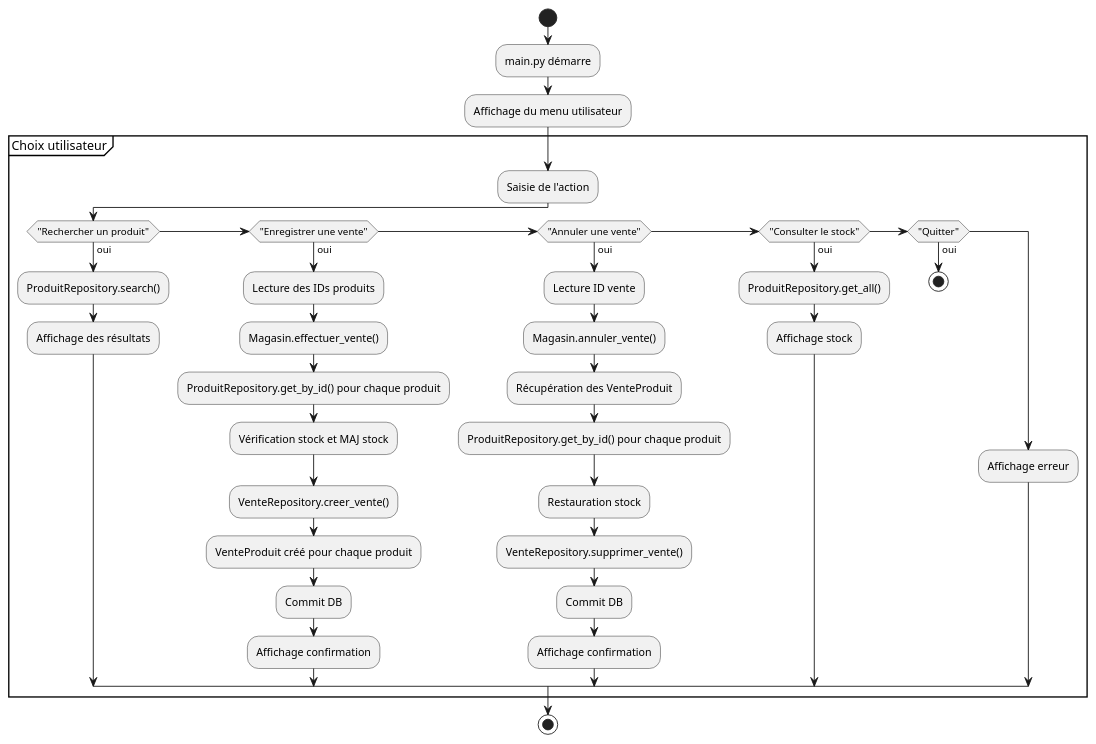
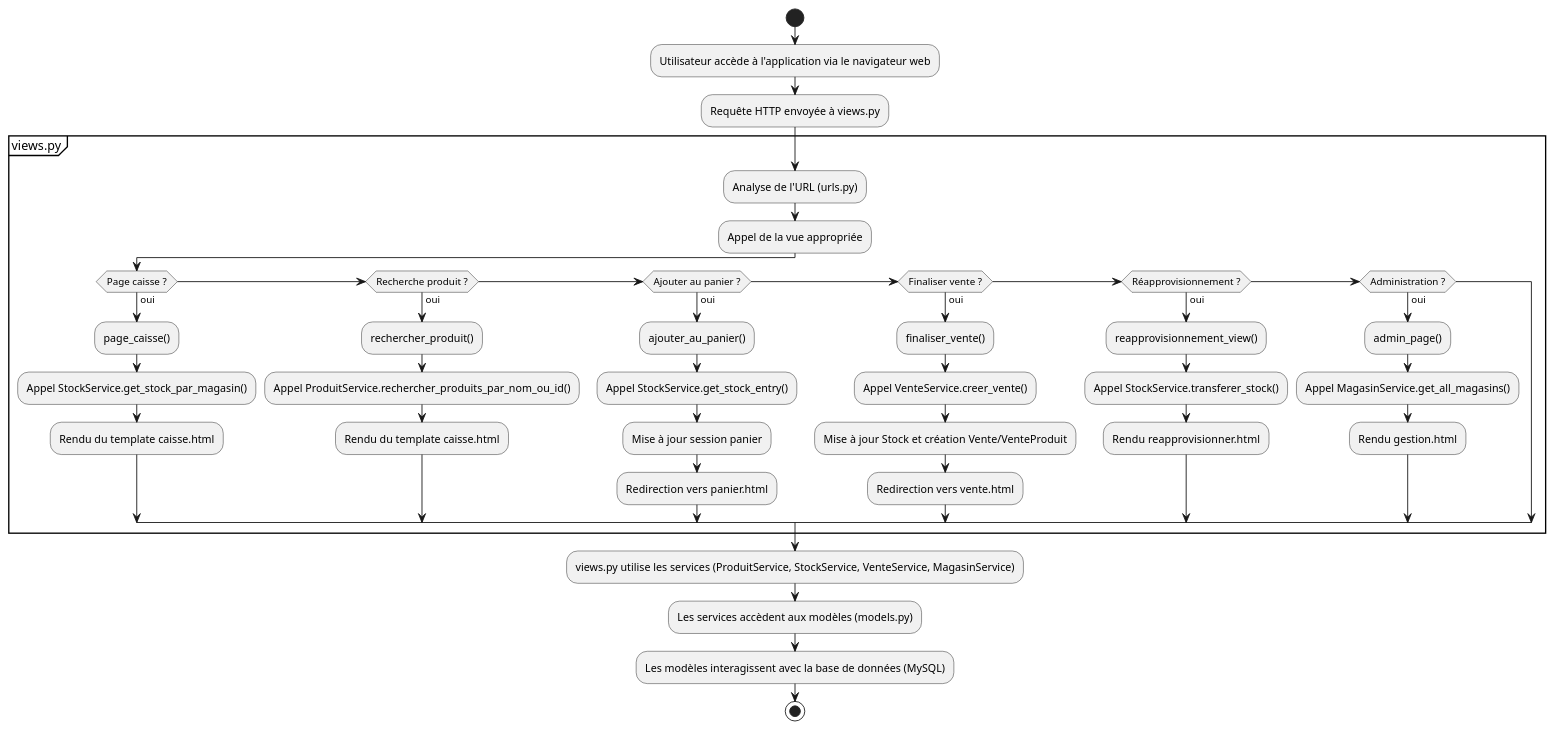
Before and after one commit to DylannFontus/Lab0_Log430: the diagram in docs/UML/VueProcessus.puml, drawn with PlantUML. The commit also changed 8 other files, not shown here.

```diff
--- a/docs/UML/VueProcessus.puml
+++ b/docs/UML/VueProcessus.puml
@@ -1,43 +1,46 @@
 @startuml
 
 start
 
-:main.py démarre;
-:Affichage du menu utilisateur;
+:Utilisateur accède à l'application via le navigateur web;
+:Requête HTTP envoyée à views.py;
 
-partition "Choix utilisateur" {
-    :Saisie de l'action;
-    if ("Rechercher un produit") then (oui)
-        :ProduitRepository.search();
-        :Affichage des résultats;
-    else if ("Enregistrer une vente") then (oui)
-        :Lecture des IDs produits;
-        :Magasin.effectuer_vente();
-        :ProduitRepository.get_by_id() pour chaque produit;
-        :Vérification stock et MAJ stock;
-        :VenteRepository.creer_vente();
-        :VenteProduit créé pour chaque produit;
-        :Commit DB;
-        :Affichage confirmation;
-    else if ("Annuler une vente") then (oui)
-        :Lecture ID vente;
-        :Magasin.annuler_vente();
-        :Récupération des VenteProduit;
-        :ProduitRepository.get_by_id() pour chaque produit;
-        :Restauration stock;
-        :VenteRepository.supprimer_vente();
-        :Commit DB;
-        :Affichage confirmation;
-    else if ("Consulter le stock") then (oui)
-        :ProduitRepository.get_all();
-        :Affichage stock;
-    else if ("Quitter") then (oui)
-        stop
-    else
-        :Affichage erreur;
+partition "views.py" {
+    :Analyse de l'URL (urls.py);
+    :Appel de la vue appropriée;
+    if (Page caisse ?) then (oui)
+        :page_caisse();
+        :Appel StockService.get_stock_par_magasin();
+        :Rendu du template caisse.html;
+    else if (Recherche produit ?) then (oui)
+        :rechercher_produit();
+        :Appel ProduitService.rechercher_produits_par_nom_ou_id();
+        :Rendu du template caisse.html;
+    else if (Ajouter au panier ?) then (oui)
+        :ajouter_au_panier();
+        :Appel StockService.get_stock_entry();
+        :Mise à jour session panier;
+        :Redirection vers panier.html;
+    else if (Finaliser vente ?) then (oui)
+        :finaliser_vente();
+        :Appel VenteService.creer_vente();
+        :Mise à jour Stock et création Vente/VenteProduit;
+        :Redirection vers vente.html;
+    else if (Réapprovisionnement ?) then (oui)
+        :reapprovisionnement_view();
+        :Appel StockService.transferer_stock();
+        :Rendu reapprovisionner.html;
+    else if (Administration ?) then (oui)
+        :admin_page();
+        :Appel MagasinService.get_all_magasins();
+        :Rendu gestion.html;
     endif
 }
+
+:views.py utilise les services (ProduitService, StockService, VenteService, MagasinService);
+:Les services accèdent aux modèles (models.py);
+:Les modèles interagissent avec la base de données (MySQL);
 
 stop
 
 @enduml
```
